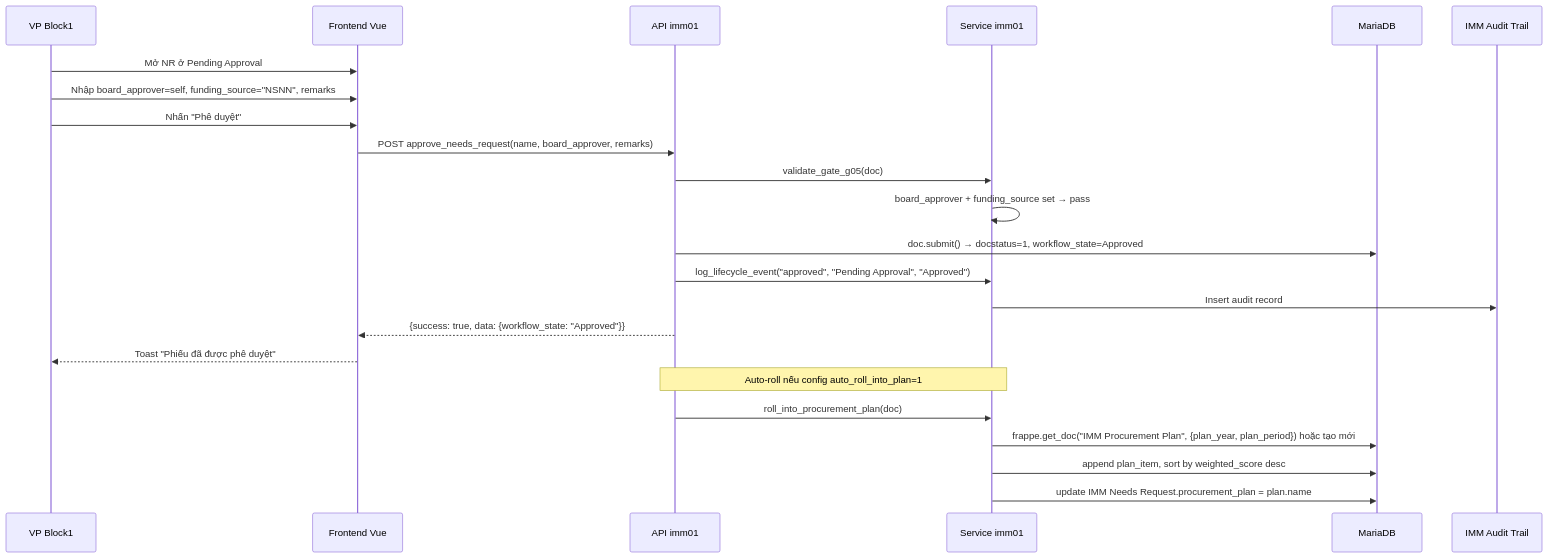
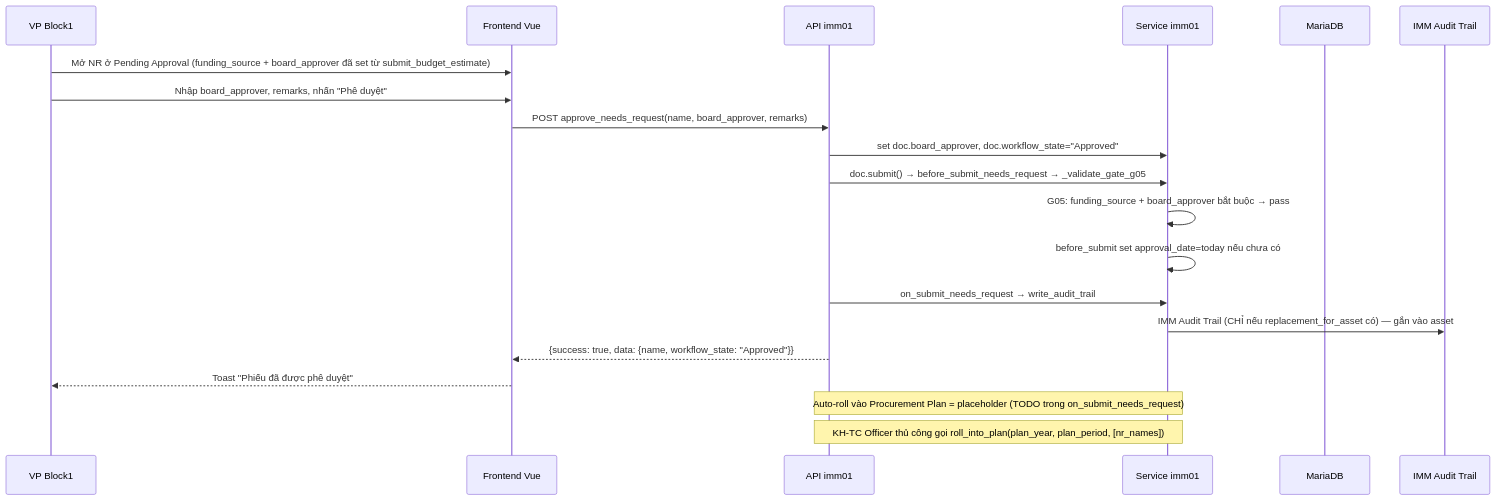
The fifth of 5 diagrams in docs/imm-01/03_Diagrams.md (mvl26/Assetcore), drawn with Mermaid before and after one commit. The commit also changed other lines of this file and 180 other files, not shown here.

````diff
--- a/docs/imm-01/03_Diagrams.md
+++ b/docs/imm-01/03_Diagrams.md
@@ -301,27 +324,24 @@
 ```mermaid
 sequenceDiagram
     participant VP as VP Block1
     participant FE as Frontend Vue
     participant API as API imm01
     participant SVC as Service imm01
     participant DB as MariaDB
     participant AT as IMM Audit Trail
 
-    VP->>FE: Mở NR ở Pending Approval
-    VP->>FE: Nhập board_approver=self, funding_source="NSNN", remarks
-    VP->>FE: Nhấn "Phê duyệt"
+    VP->>FE: Mở NR ở Pending Approval (funding_source + board_approver đã set từ submit_budget_estimate)
+    VP->>FE: Nhập board_approver, remarks, nhấn "Phê duyệt"
     FE->>API: POST approve_needs_request(name, board_approver, remarks)
-    API->>SVC: validate_gate_g05(doc)
-    SVC->>SVC: board_approver + funding_source set → pass
-    API->>DB: doc.submit() → docstatus=1, workflow_state=Approved
-    API->>SVC: log_lifecycle_event("approved", "Pending Approval", "Approved")
-    SVC->>AT: Insert audit record
-    API-->>FE: {success: true, data: {workflow_state: "Approved"}}
+    API->>SVC: set doc.board_approver, doc.workflow_state="Approved"
+    API->>SVC: doc.submit() → before_submit_needs_request → _validate_gate_g05
+    SVC->>SVC: G05: funding_source + board_approver bắt buộc → pass
+    SVC->>SVC: before_submit set approval_date=today nếu chưa có
+    API->>SVC: on_submit_needs_request → write_audit_trail
+    SVC->>AT: IMM Audit Trail (CHỈ nếu replacement_for_asset có) — gắn vào asset
+    API-->>FE: {success: true, data: {name, workflow_state: "Approved"}}
     FE-->>VP: Toast "Phiếu đã được phê duyệt"
 
-    Note over API,SVC: Auto-roll nếu config auto_roll_into_plan=1
-    API->>SVC: roll_into_procurement_plan(doc)
-    SVC->>DB: frappe.get_doc("IMM Procurement Plan", {plan_year, plan_period}) hoặc tạo mới
-    SVC->>DB: append plan_item, sort by weighted_score desc
-    SVC->>DB: update IMM Needs Request.procurement_plan = plan.name
+    Note over API,SVC: Auto-roll vào Procurement Plan = placeholder (TODO trong on_submit_needs_request)
+    Note over API,SVC: KH-TC Officer thủ công gọi roll_into_plan(plan_year, plan_period, [nr_names])
 ```
````
